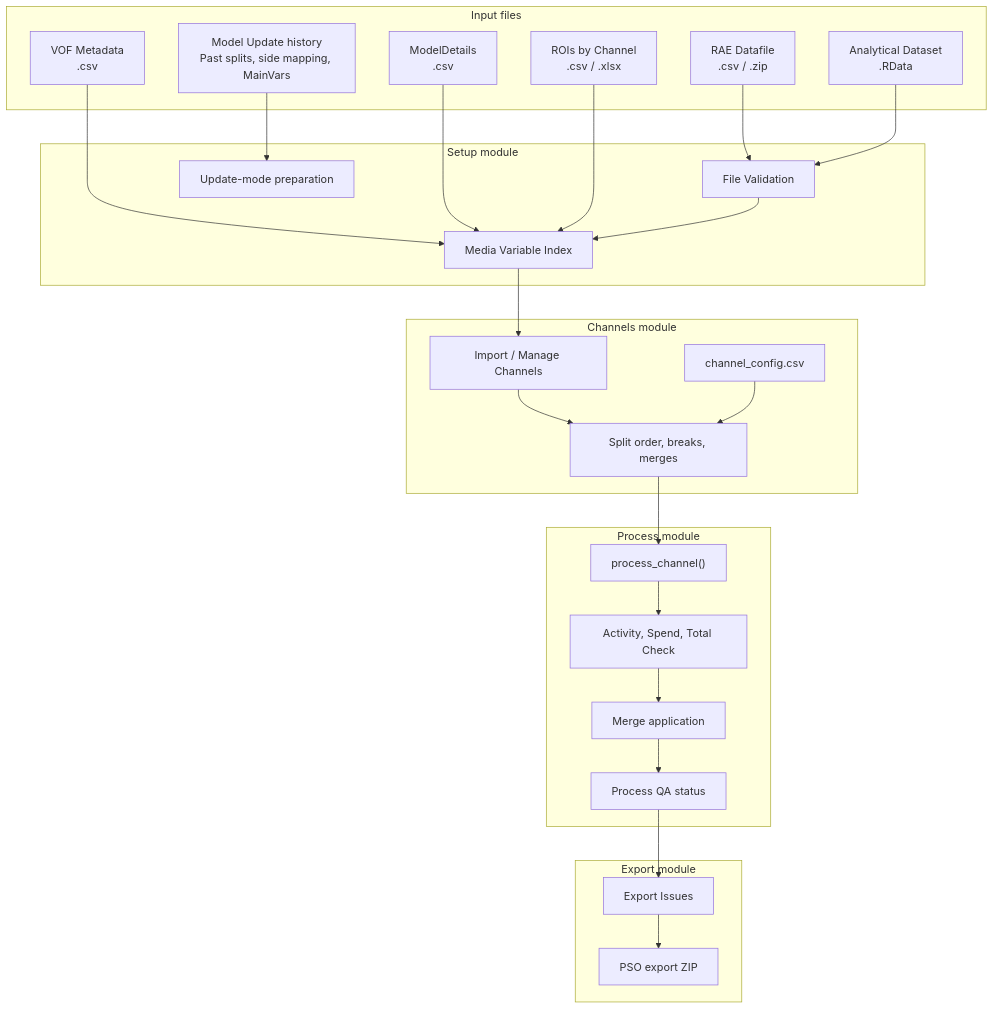
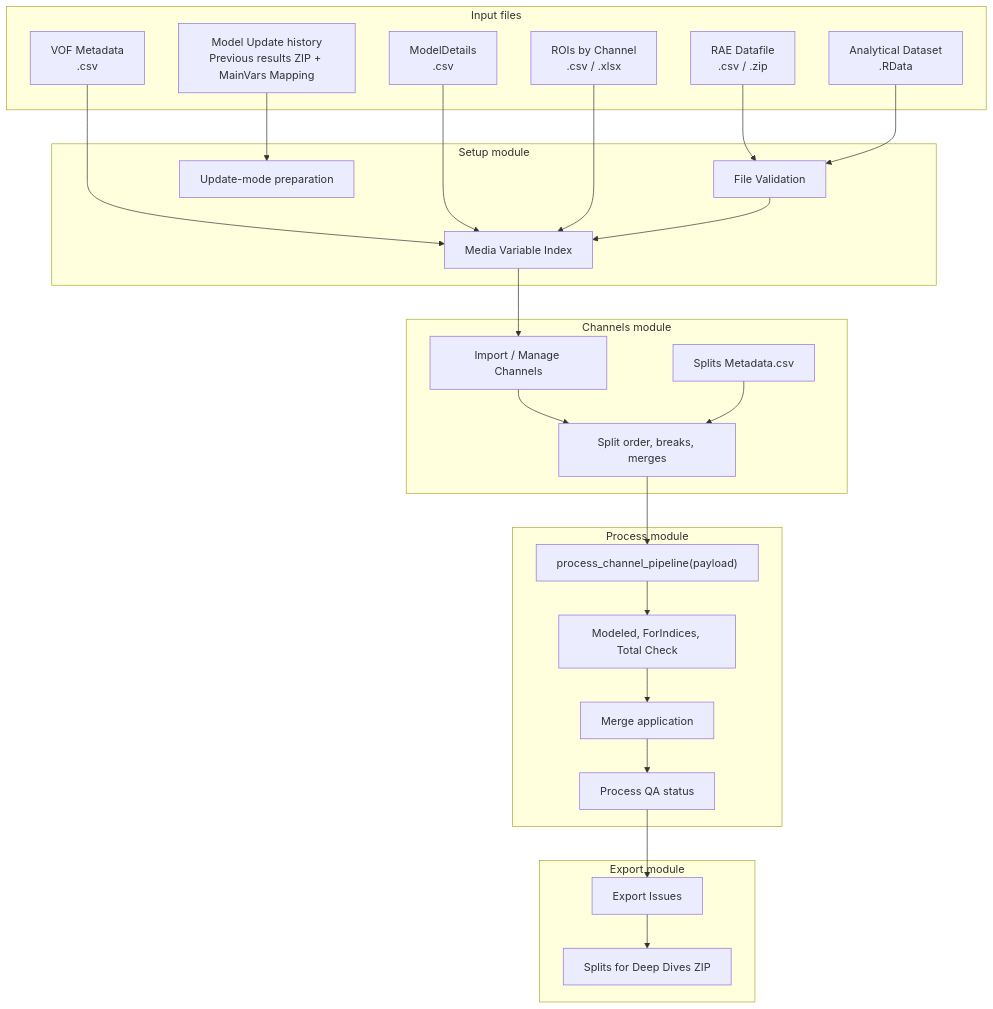
The second of 9 diagrams in README.md (MiguelPalmaWpp/Split-Generator-for-PSO), drawn with Mermaid before and after one commit. The commit also changed other lines of this file and 87 other files, not shown here.

Commit message:
Refactor modules & Include ForIndices splits in AnalyticalExtended

````diff
--- a/README.md
+++ b/README.md
@@ -60,52 +66,52 @@
 ```mermaid
 flowchart TB
     subgraph Inputs["Input files"]
         RAE["RAE Datafile<br/>.csv / .zip"]
         AN["Analytical Dataset<br/>.RData"]
         VOF["VOF Metadata<br/>.csv"]
         MD["ModelDetails<br/>.csv"]
         ROI["ROIs by Channel<br/>.csv / .xlsx"]
-        HIST["Model Update history<br/>Past splits, side mapping, MainVars"]
+        HIST["Model Update history<br/>Previous results ZIP + MainVars Mapping"]
     end
 
     subgraph Setup["Setup module"]
         VALID["File Validation"]
         INDEX["Media Variable Index"]
         UPDATE["Update-mode preparation"]
     end
 
     subgraph Channels["Channels module"]
         MANAGE["Import / Manage Channels"]
         CONFIG["Split order, breaks, merges"]
-        CSV["channel_config.csv"]
+        CSV["Splits Metadata.csv"]
     end
 
     subgraph Process["Process module"]
-        ENGINE["process_channel()"]
-        DIAG["Activity, Spend, Total Check"]
+        ENGINE["process_channel_pipeline(payload)"]
+        DIAG["Modeled, ForIndices, Total Check"]
         MERGES["Merge application"]
         QA["Process QA status"]
     end
 
     subgraph Export["Export module"]
         ISSUES["Export Issues"]
-        ZIP["PSO export ZIP"]
+        ZIP["Splits for Deep Dives ZIP"]
     end
 
     RAE --> VALID
     AN --> VALID
     VOF --> INDEX
     MD --> INDEX
     ROI --> INDEX
     HIST --> UPDATE
     VALID --> INDEX
     INDEX --> MANAGE
     MANAGE --> CONFIG
     CSV --> CONFIG
     CONFIG --> ENGINE
     ENGINE --> DIAG
     DIAG --> MERGES
     MERGES --> QA
     QA --> ISSUES
     ISSUES --> ZIP
 ```
````
